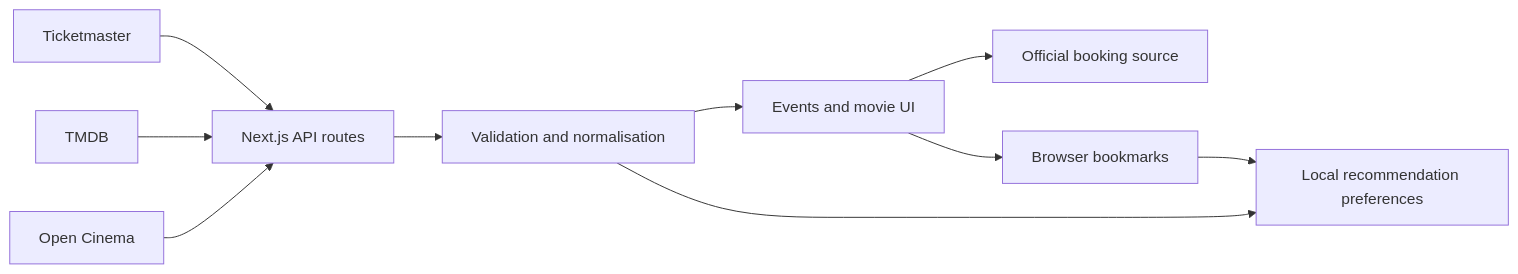
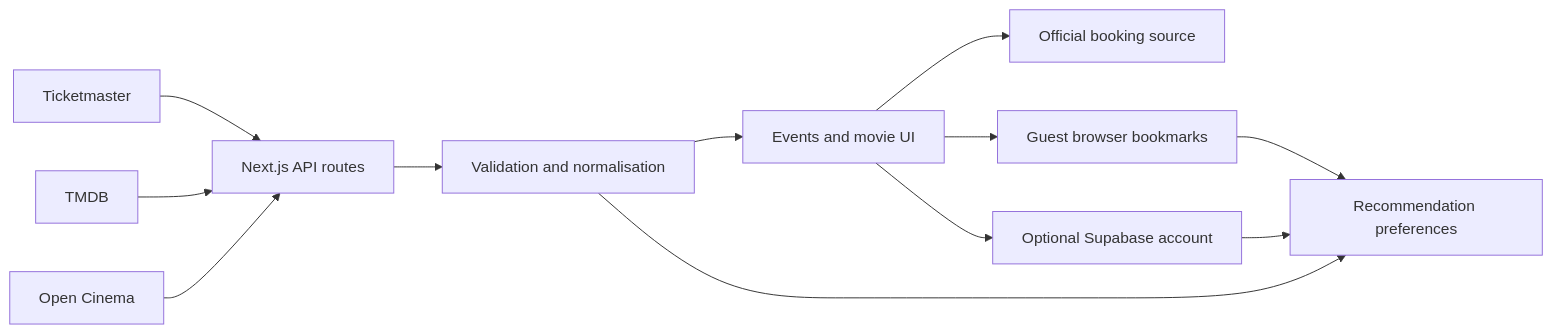
The diagram in README.md (hannnnnnnny/kiwicue), drawn with Mermaid before and after one commit. The commit also changed other lines of this file, not shown here.

Commit message:
docs(setup): document optional Supabase rollout and privacy limits

````diff
--- a/README.md
+++ b/README.md
@@ -57,12 +59,14 @@
 ```mermaid
 flowchart LR
     A[Ticketmaster] --> D[Next.js API routes]
     B[TMDB] --> D
     C[Open Cinema] --> D
     D --> E[Validation and normalisation]
     E --> F[Events and movie UI]
     F --> G[Official booking source]
-    F --> H[Browser bookmarks]
-    H --> I[Local recommendation preferences]
+    F --> H[Guest browser bookmarks]
+    H --> I[Recommendation preferences]
+    F --> J[Optional Supabase account]
+    J --> I
     E --> I
 ```
````
